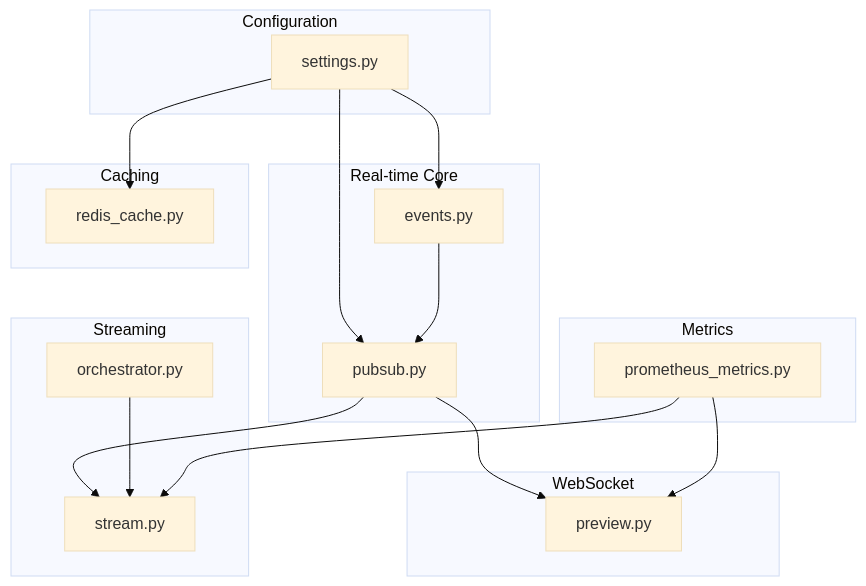
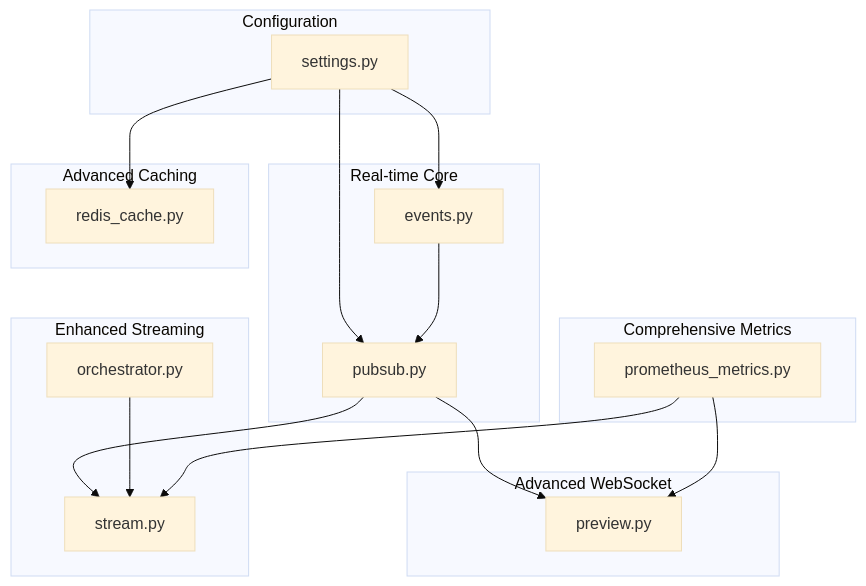
The first of 9 diagrams in .qoder/repowiki/en/content/Backend Development/Real-time Communication.md (rohitkumarnaidu/-Auto-AI-Automated-Academic-Docx-Manuscript-Formatter), drawn with Mermaid (base theme) before and after one commit. The commit also changed other lines of this file and 6 other files, not shown here.

````diff
--- a/.qoder/repowiki/en/content/Backend Development/Real-time Communication.md
+++ b/.qoder/repowiki/en/content/Backend Development/Real-time Communication.md
@@ -41,32 +51,32 @@
 ```mermaid
 graph TB
 subgraph "Configuration"
 S["settings.py"]
 end
 subgraph "Real-time Core"
 E["events.py"]
 P["pubsub.py"]
 end
-subgraph "Streaming"
+subgraph "Enhanced Streaming"
 ST["stream.py"]
 ORCH["orchestrator.py"]
 end
-subgraph "WebSocket"
+subgraph "Advanced WebSocket"
 PV["preview.py"]
 end
-subgraph "Metrics"
+subgraph "Comprehensive Metrics"
 M["prometheus_metrics.py"]
 end
-subgraph "Caching"
+subgraph "Advanced Caching"
 RC["redis_cache.py"]
 end
 S --> E
 S --> P
 S --> RC
 E --> P
 P --> ST
 P --> PV
 ORCH --> ST
 M --> ST
 M --> PV
 ```
````
